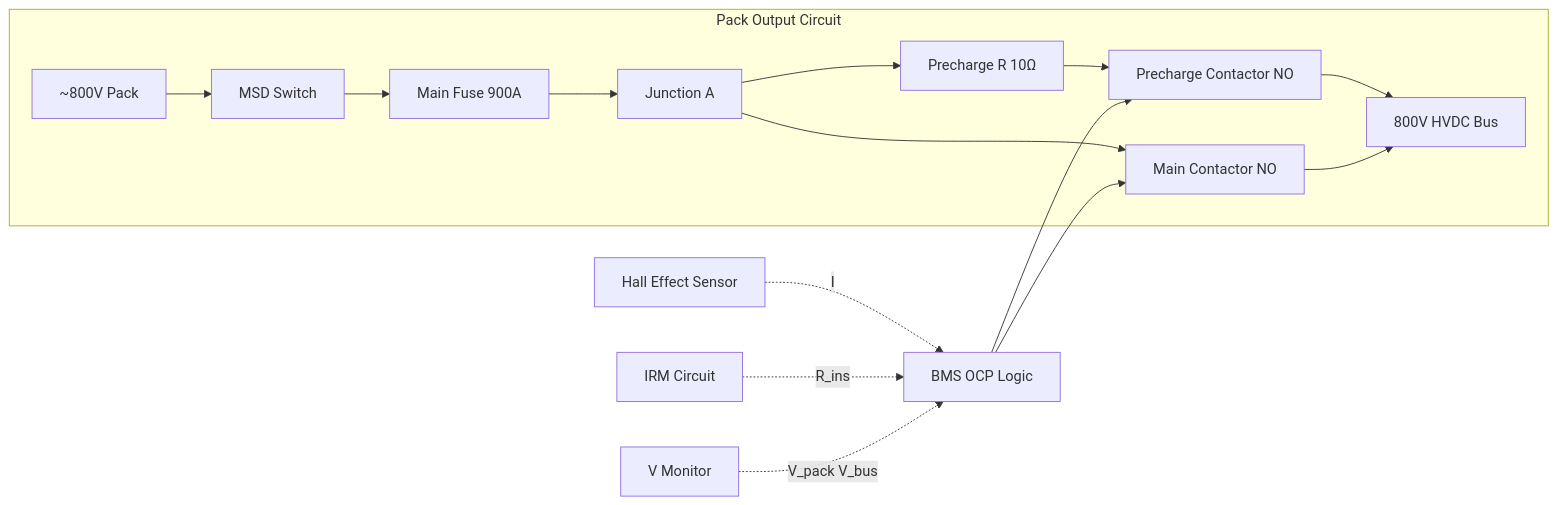
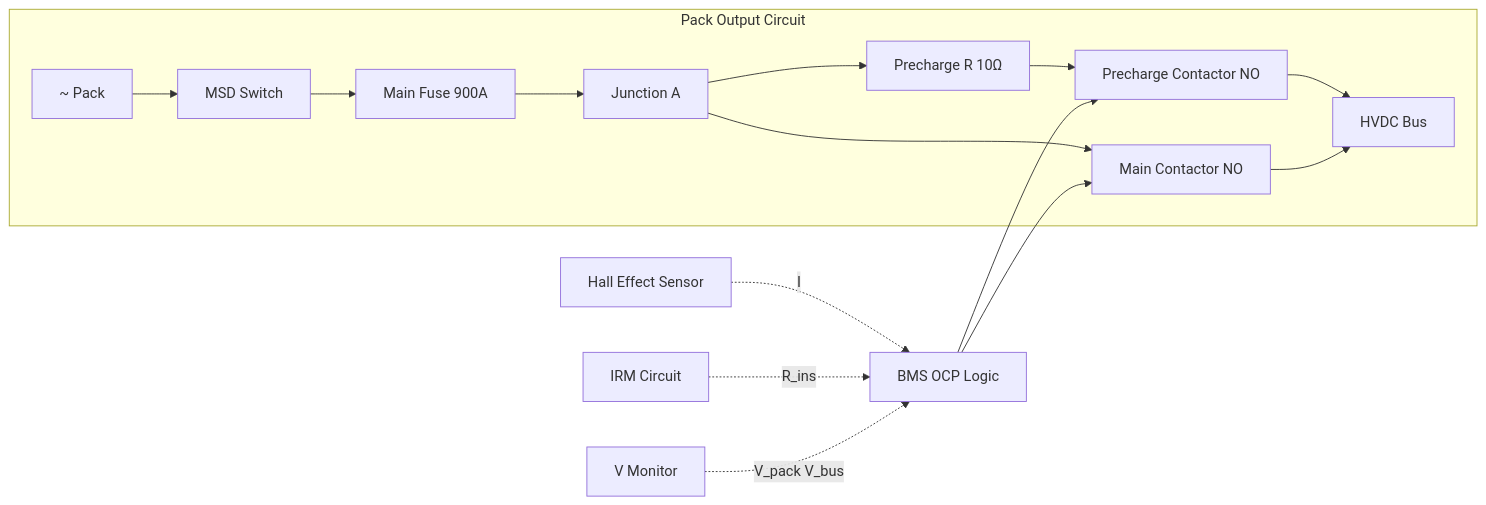
One commit to AmedeoPelliccia/Qplus-For-All-Queer-People-and-Quantum changed the second of 2 diagrams in Q+ATLANTIDE/000-099_ATLAS/070-079_Propulsion-Eco-Tech-e-Hibrido-Electrica/072_Battery-Energy-Storage/072-050-HV-Contactors-and-Protection.md. Above: the diagram before and after it, drawn with Mermaid. The commit also changed other lines of this file and 676 other files, not shown here.

````diff
--- a/Q+ATLANTIDE/000-099_ATLAS/070-079_Propulsion-Eco-Tech-e-Hibrido-Electrica/072_Battery-Energy-Storage/072-050-HV-Contactors-and-Protection.md
+++ b/Q+ATLANTIDE/000-099_ATLAS/070-079_Propulsion-Eco-Tech-e-Hibrido-Electrica/072_Battery-Energy-Storage/072-050-HV-Contactors-and-Protection.md
@@ -78,18 +88,18 @@
 ```mermaid
 graph LR
     subgraph PACK_OUTPUT[Pack Output Circuit]
-        PACK_V[~800V Pack] --> MSD_SW[MSD Switch]
+        PACK_V[~<NOMINAL-VOLTAGE> Pack] --> MSD_SW[MSD Switch]
         MSD_SW --> FUSE[Main Fuse 900A]
         FUSE --> NODE_A[Junction A]
         NODE_A --> PR[Precharge R 10Ω]
         PR --> PC[Precharge Contactor NO]
         NODE_A --> MC[Main Contactor NO]
-        PC --> BUS_V[800V HVDC Bus]
+        PC --> BUS_V[<NOMINAL-VOLTAGE> HVDC Bus]
         MC --> BUS_V
     end
     ISENS_HW[Hall Effect Sensor] -.->|I| BMS_PROT[BMS OCP Logic]
     IRM_HW[IRM Circuit] -.->|R_ins| BMS_PROT
     VMON_HW[V Monitor] -.->|V_pack V_bus| BMS_PROT
     BMS_PROT --> PC
     BMS_PROT --> MC
 ```
````
